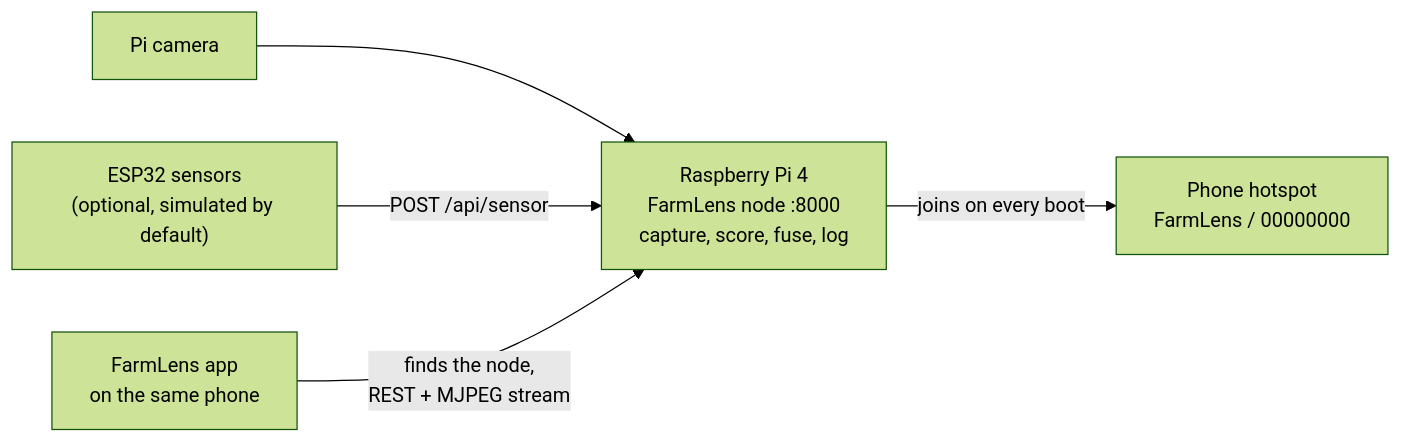
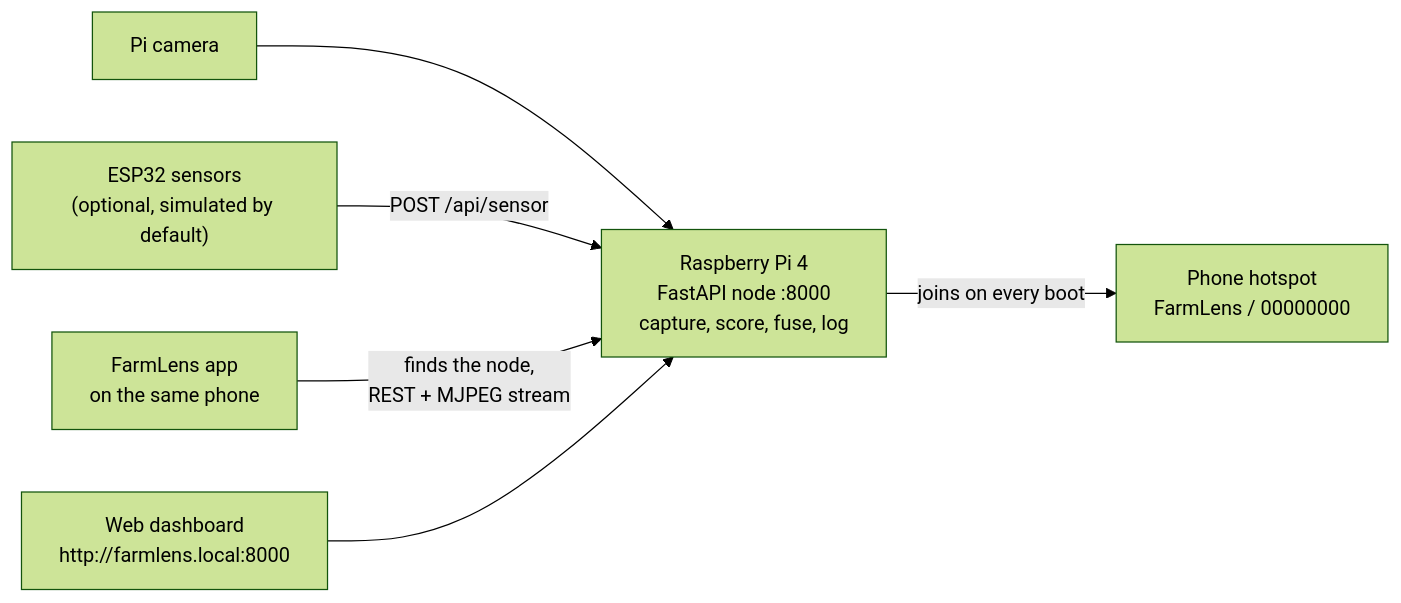
Before and after one commit to AbdelRahman-Madboly/farmlens: the diagram in README.md, drawn with Mermaid (forest theme). The commit also changed other lines of this file and 2 other files, not shown here.

````diff
--- a/README.md
+++ b/README.md
@@ -42,8 +47,9 @@
 ```mermaid
 flowchart LR
     cam["Pi camera"] --> node
     esp["ESP32 sensors<br/>(optional, simulated by default)"] -- "POST /api/sensor" --> node
-    node["Raspberry Pi 4<br/>FarmLens node :8000<br/>capture, score, fuse, log"]
+    node["Raspberry Pi 4<br/>FastAPI node :8000<br/>capture, score, fuse, log"]
     node -- "joins on every boot" --> hotspot["Phone hotspot<br/>FarmLens / 00000000"]
     app["FarmLens app<br/>on the same phone"] -- "finds the node,<br/>REST + MJPEG stream" --> node
+    web["Web dashboard<br/>http://farmlens.local:8000"] --> node
 ```
````
